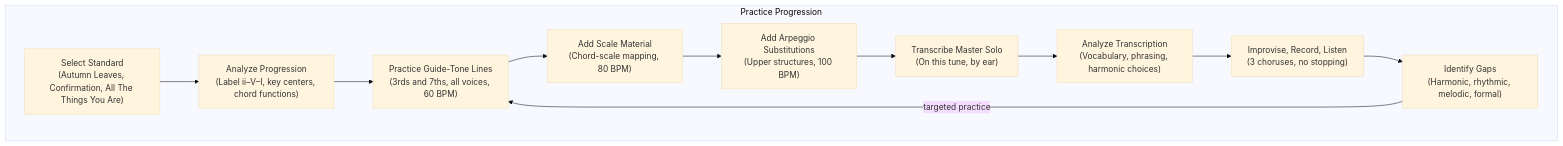
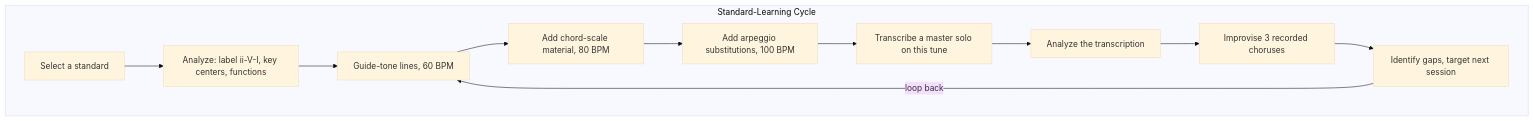
One commit to blebleblee/synapse changed the fifth of 5 diagrams in topics/arts/composition/jazz_harmony/lesson_03_improvisation_techniques.md. Above: the diagram before and after it, drawn with Mermaid (base theme). The commit also changed other lines of this file and 4 other files, not shown here.

````diff
--- a/topics/arts/composition/jazz_harmony/lesson_03_improvisation_techniques.md
+++ b/topics/arts/composition/jazz_harmony/lesson_03_improvisation_techniques.md
@@ -908,24 +479,16 @@
 ```mermaid
 flowchart TD
-    subgraph sub_progression ["Practice Progression"]
-        A["Select Standard\n(Autumn Leaves, Confirmation, All The Things You Are)"]
-        B["Analyze Progression\n(Label ii–V–I, key centers, chord functions)"]
-        C["Practice Guide-Tone Lines\n(3rds and 7ths, all voices, 60 BPM)"]
-        D["Add Scale Material\n(Chord-scale mapping, 80 BPM)"]
-        E["Add Arpeggio Substitutions\n(Upper structures, 100 BPM)"]
-        F["Transcribe Master Solo\n(On this tune, by ear)"]
-        G["Analyze Transcription\n(Vocabulary, phrasing, harmonic choices)"]
-        H["Improvise, Record, Listen\n(3 choruses, no stopping)"]
-        I["Identify Gaps\n(Harmonic, rhythmic, melodic, formal)"]
+    subgraph sub_cycle ["Standard-Learning Cycle"]
+        A["Select a standard"]
+        B["Analyze: label ii-V-I, key centers, functions"]
+        C["Guide-tone lines, 60 BPM"]
+        D["Add chord-scale material, 80 BPM"]
+        E["Add arpeggio substitutions, 100 BPM"]
+        F["Transcribe a master solo on this tune"]
+        G["Analyze the transcription"]
+        H["Improvise 3 recorded choruses"]
+        I["Identify gaps, target next session"]
     end
-
-    A --> B
-    B --> C
-    C --> D
-    D --> E
-    E --> F
-    F --> G
-    G --> H
-    H --> I
-    I -->|"targeted practice"| C
+    A --> B --> C --> D --> E --> F --> G --> H --> I
+    I -->|"loop back"| C
 ```
````
